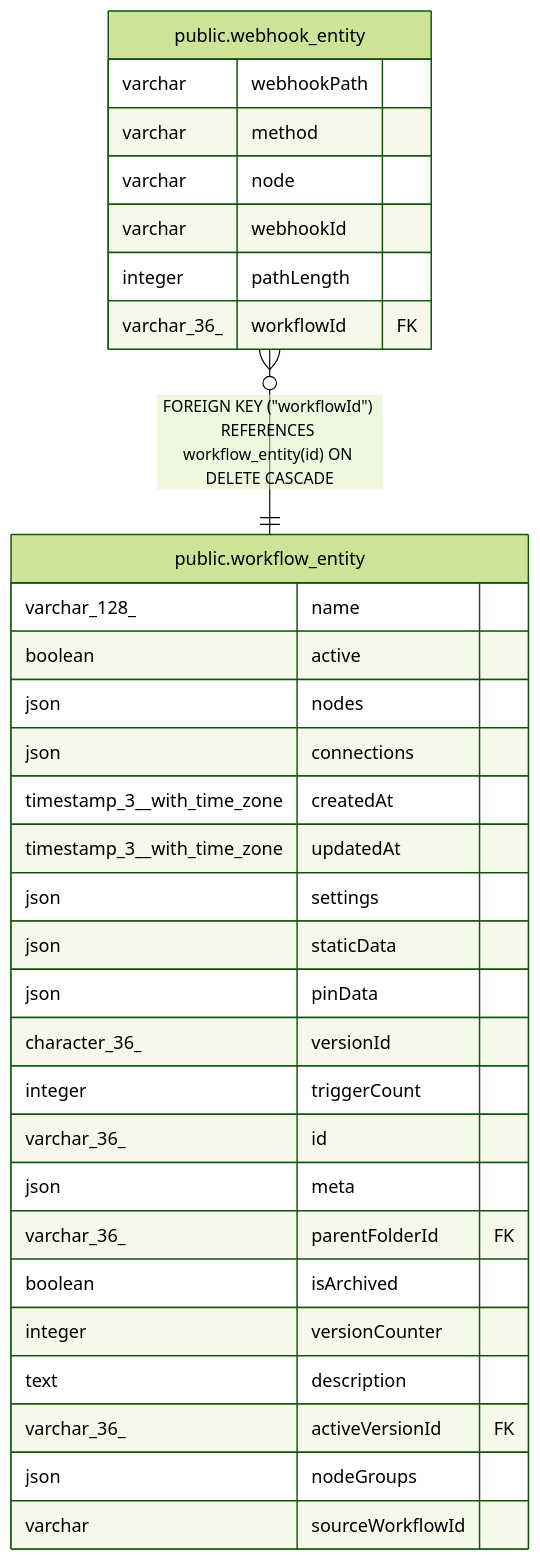
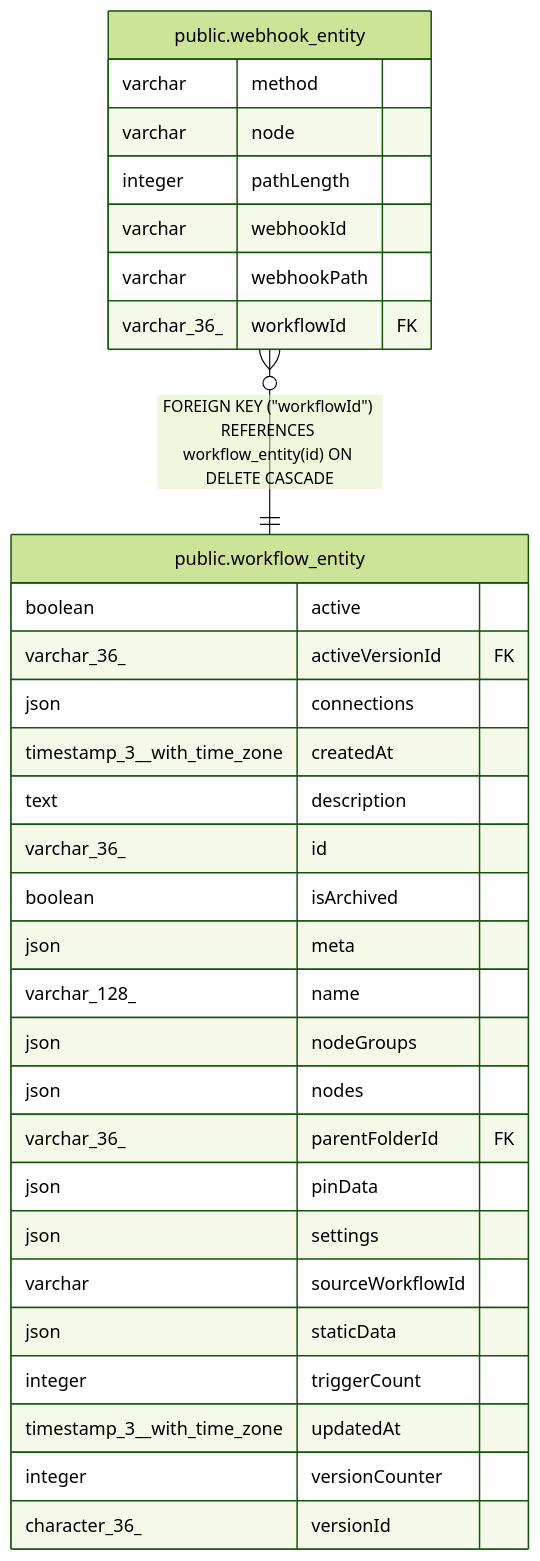
One commit to mayankjain1815-commits/n8n changed the diagram in docs/generated/postgres-schema/public.webhook_entity.md. Above: the diagram before and after it, drawn with Mermaid (forest theme). The commit also changed other lines of this file and 221 other files, not shown here.

Commit message:
chore(core): Make DB schema docs generation deterministic (#32373)

````diff
--- a/docs/generated/postgres-schema/public.webhook_entity.md
+++ b/docs/generated/postgres-schema/public.webhook_entity.md
@@ -34,36 +34,36 @@
 ```mermaid
 erDiagram
 
 "public.webhook_entity" }o--|| "public.workflow_entity" : "FOREIGN KEY (#quot;workflowId#quot;) REFERENCES workflow_entity(id) ON DELETE CASCADE"
 
 "public.webhook_entity" {
-  varchar webhookPath
   varchar method
   varchar node
+  integer pathLength
   varchar webhookId
-  integer pathLength
+  varchar webhookPath
   varchar_36_ workflowId FK
 }
 "public.workflow_entity" {
-  varchar_128_ name
   boolean active
-  json nodes
+  varchar_36_ activeVersionId FK
   json connections
   timestamp_3__with_time_zone createdAt
+  text description
+  varchar_36_ id
+  boolean isArchived
+  json meta
+  varchar_128_ name
+  json nodeGroups
+  json nodes
+  varchar_36_ parentFolderId FK
+  json pinData
+  json settings
+  varchar sourceWorkflowId
+  json staticData
+  integer triggerCount
   timestamp_3__with_time_zone updatedAt
-  json settings
-  json staticData
-  json pinData
+  integer versionCounter
   character_36_ versionId
-  integer triggerCount
-  varchar_36_ id
-  json meta
-  varchar_36_ parentFolderId FK
-  boolean isArchived
-  integer versionCounter
-  text description
-  varchar_36_ activeVersionId FK
-  json nodeGroups
-  varchar sourceWorkflowId
 }
 ```
````
